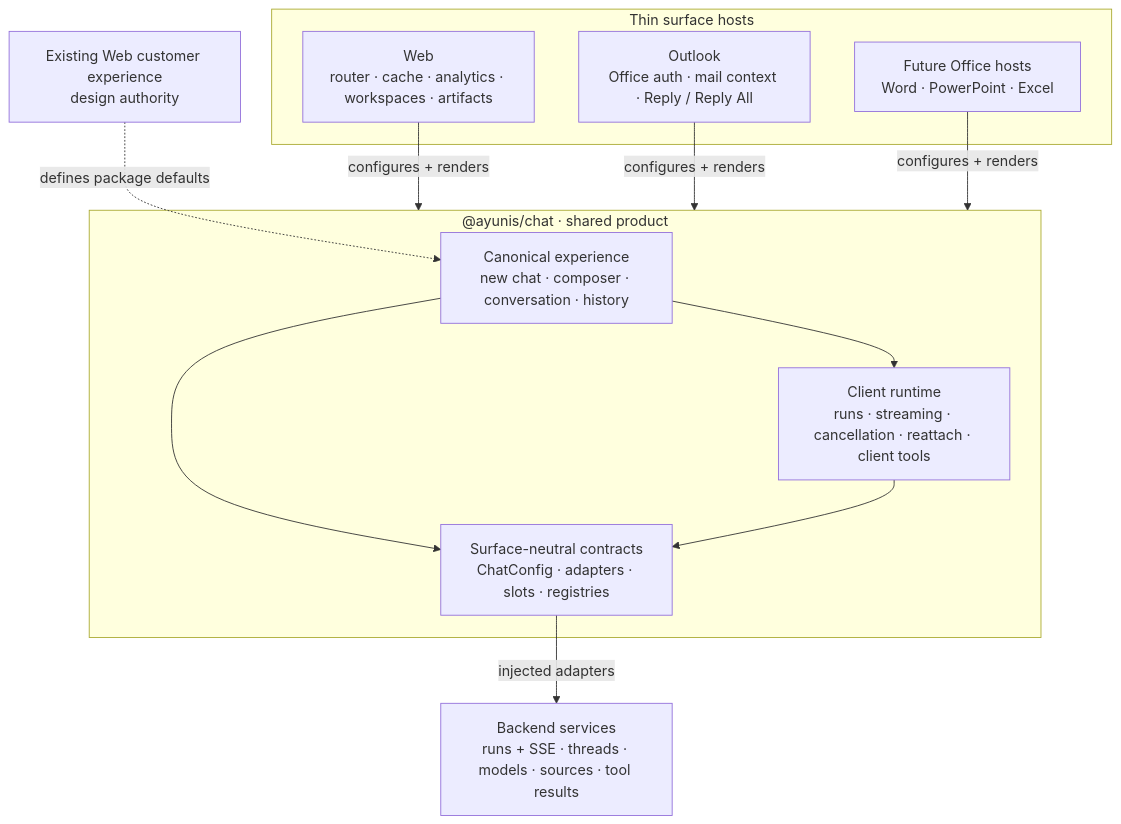
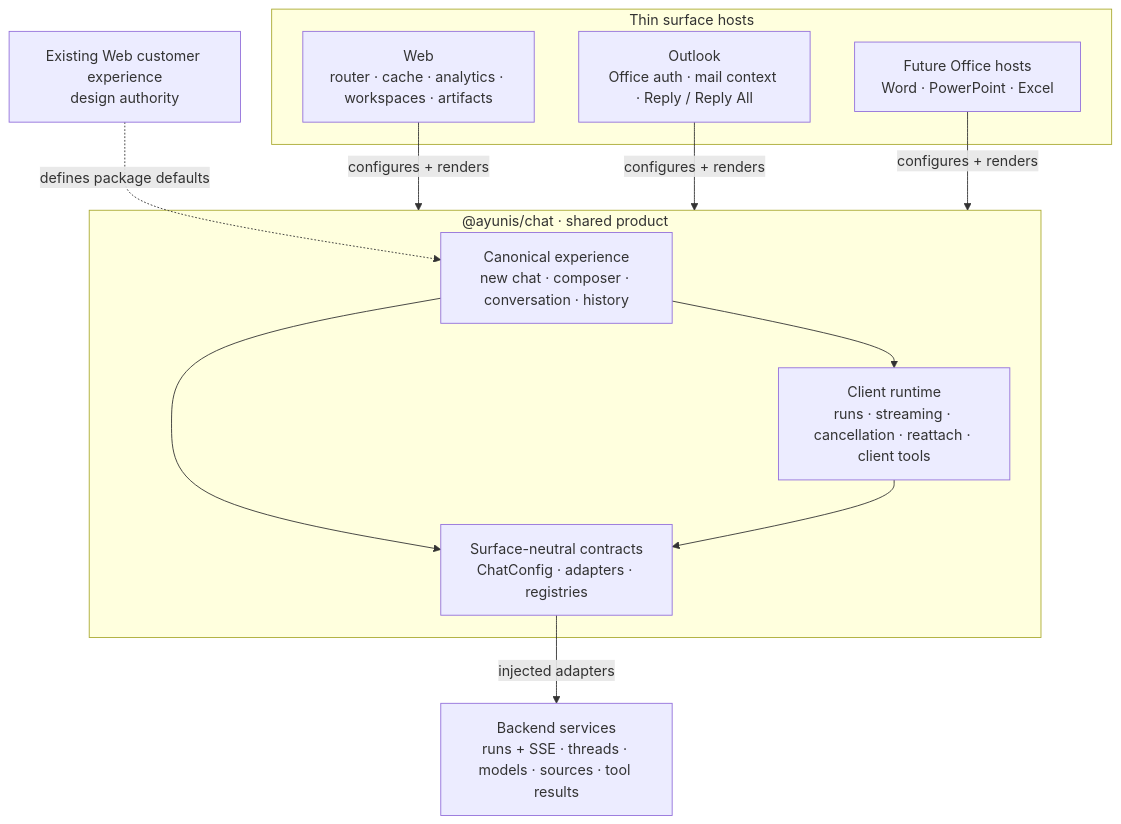
The diagram in packages/chat/ARCHITECTURE.md (ayunis-core/ayunis-core), drawn with Mermaid before and after one commit. The commit also changed other lines of this file and 63 other files, not shown here.

````diff
--- a/packages/chat/ARCHITECTURE.md
+++ b/packages/chat/ARCHITECTURE.md
@@ -14,27 +14,27 @@
 ```mermaid
 flowchart TB
   DESIGN["Existing Web customer experience<br/>design authority"]
 
   subgraph HOSTS["Thin surface hosts"]
     WEB["Web<br/>router · cache · analytics · workspaces · artifacts"]
     OUTLOOK["Outlook<br/>Office auth · mail context · Reply / Reply All"]
     OFFICE["Future Office hosts<br/>Word · PowerPoint · Excel"]
   end
 
   subgraph CHAT["@ayunis/chat · shared product"]
     EXPERIENCE["Canonical experience<br/>new chat · composer · conversation · history"]
     RUNTIME["Client runtime<br/>runs · streaming · cancellation · reattach · client tools"]
-    CONTRACTS["Surface-neutral contracts<br/>ChatConfig · adapters · slots · registries"]
+    CONTRACTS["Surface-neutral contracts<br/>ChatConfig · adapters · registries"]
     EXPERIENCE --> RUNTIME
     EXPERIENCE --> CONTRACTS
     RUNTIME --> CONTRACTS
   end
 
   BACKEND["Backend services<br/>runs + SSE · threads · models · sources · tool results"]
 
   DESIGN -. "defines package defaults" .-> EXPERIENCE
   WEB -->|"configures + renders"| CHAT
   OUTLOOK -->|"configures + renders"| CHAT
   OFFICE -->|"configures + renders"| CHAT
   CONTRACTS -->|"injected adapters"| BACKEND
 ```
````
